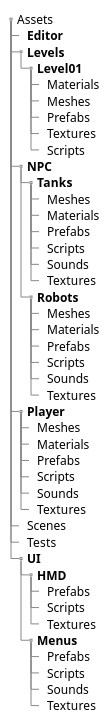
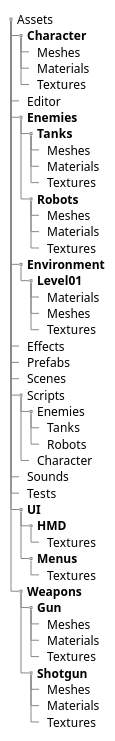
Before and after one commit to jesustorresdev/quarto-lecture-notes-format: the fourth of 8 diagrams in content/workflow/main.adoc, drawn with PlantUML. The commit also changed other lines of this file and 4 other files, not shown here.

```diff
--- a/content/workflow/main.adoc
+++ b/content/workflow/main.adoc
@@ -318,51 +314,52 @@
 [plantuml, format="svg"]
 ....
 salt
 {
 {T
  + Assets
- ++ <b>Editor
- ++ <b>Levels
- +++ <b>Level01
- ++++ Materials
- ++++ Meshes
- ++++ Prefabs
- ++++ Textures
- ++++ Scripts
- ++ <b>NPC
+ ++ <b>Character
+ +++ Meshes
+ +++ Materials
+ +++ Textures
+ ++ Editor
+ ++ <b>Enemies
  +++ <b>Tanks
  ++++ Meshes
  ++++ Materials
- ++++ Prefabs
- ++++ Scripts
- ++++ Sounds
  ++++ Textures
  +++ <b>Robots
  ++++ Meshes
  ++++ Materials
- ++++ Prefabs
- ++++ Scripts
- ++++ Sounds
  ++++ Textures
- ++ <b>Player
- +++ Meshes
- +++ Materials
- +++ Prefabs
- +++ Scripts
- +++ Sounds
- +++ Textures
+ ++ <b>Environment
+ +++ <b>Level01
+ ++++ Materials
+ ++++ Meshes
+ ++++ Textures
+ ++ Effects
+ ++ Prefabs
  ++ Scenes
+ ++ Scripts
+ +++ Enemies
+ ++++ Tanks
+ ++++ Robots
+ +++ Character
+ ++ Sounds
  ++ Tests
  ++ <b>UI
  +++ <b>HMD
- ++++ Prefabs
- ++++ Scripts
  ++++ Textures
  +++ <b>Menus
- ++++ Prefabs
- ++++ Scripts
- ++++ Sounds
+ ++++ Textures
+ ++ <b>Weapons
+ +++ <b>Gun
+ ++++ Meshes
+ ++++ Materials
+ ++++ Textures
+ +++ <b>Shotgun
+ ++++ Meshes
+ ++++ Materials
  ++++ Textures
 }
 }
 ....
```
